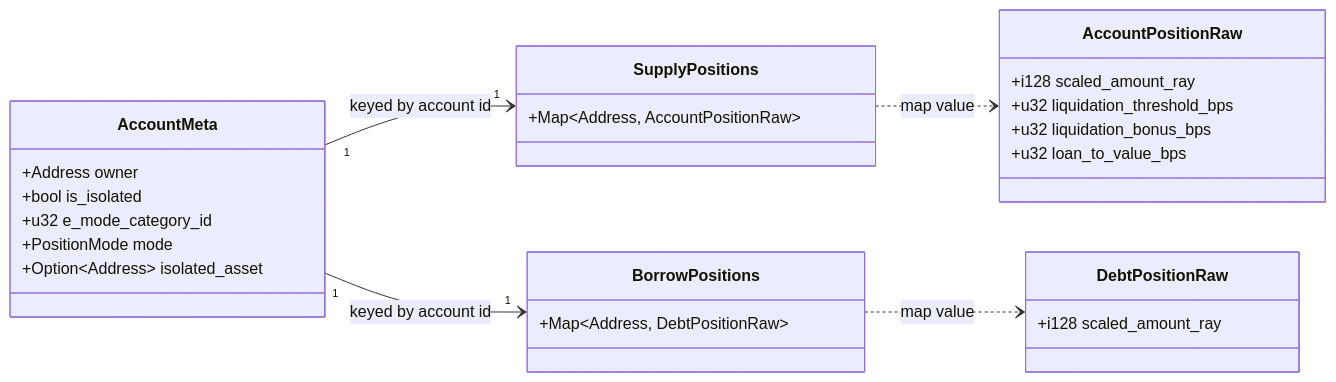
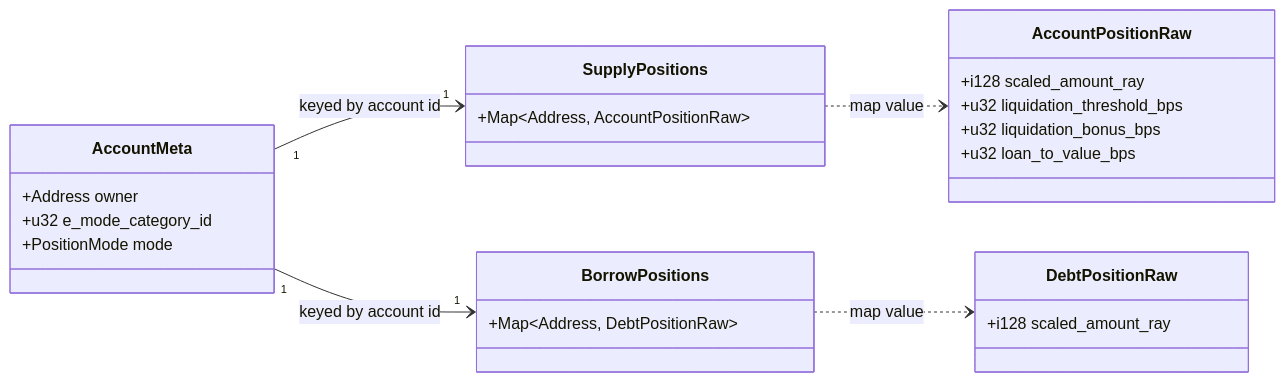
One commit to XOXNO/rs-lending-xlm changed the second of 14 diagrams in SCF_BUILD_ARCHITECTURE.md. Above: the diagram before and after it, drawn with Mermaid. The commit also changed other lines of this file and 107 other files, not shown here.

````diff
--- a/SCF_BUILD_ARCHITECTURE.md
+++ b/SCF_BUILD_ARCHITECTURE.md
@@ -222,36 +220,34 @@
 ```mermaid
 classDiagram
     direction LR
 
     class AccountMeta {
         +Address owner
-        +bool is_isolated
         +u32 e_mode_category_id
         +PositionMode mode
-        +Option~Address~ isolated_asset
     }
 
     class SupplyPositions {
         +Map~Address, AccountPositionRaw~
     }
 
     class BorrowPositions {
         +Map~Address, DebtPositionRaw~
     }
 
     class AccountPositionRaw {
         +i128 scaled_amount_ray
         +u32 liquidation_threshold_bps
         +u32 liquidation_bonus_bps
         +u32 loan_to_value_bps
     }
 
     class DebtPositionRaw {
         +i128 scaled_amount_ray
     }
 
     AccountMeta "1" --> "1" SupplyPositions : keyed by account id
     AccountMeta "1" --> "1" BorrowPositions : keyed by account id
     SupplyPositions ..> AccountPositionRaw : map value
     BorrowPositions ..> DebtPositionRaw : map value
 ```
````
